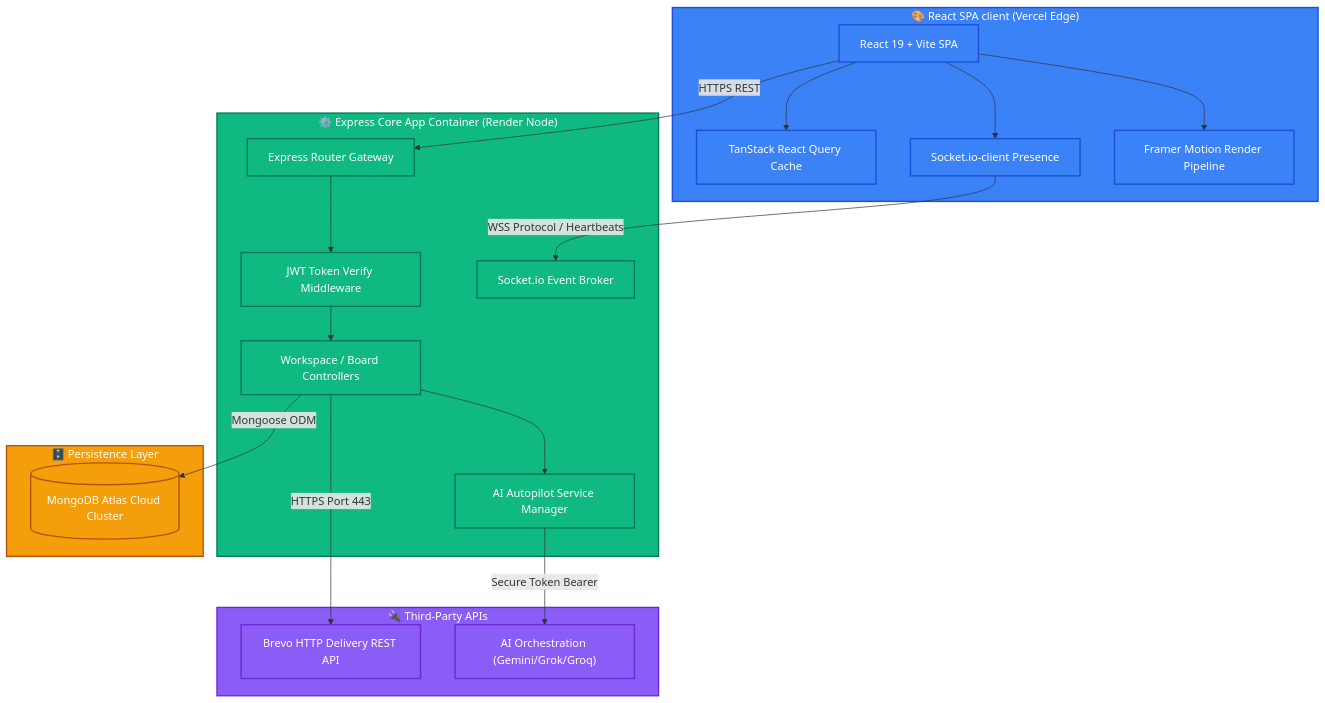
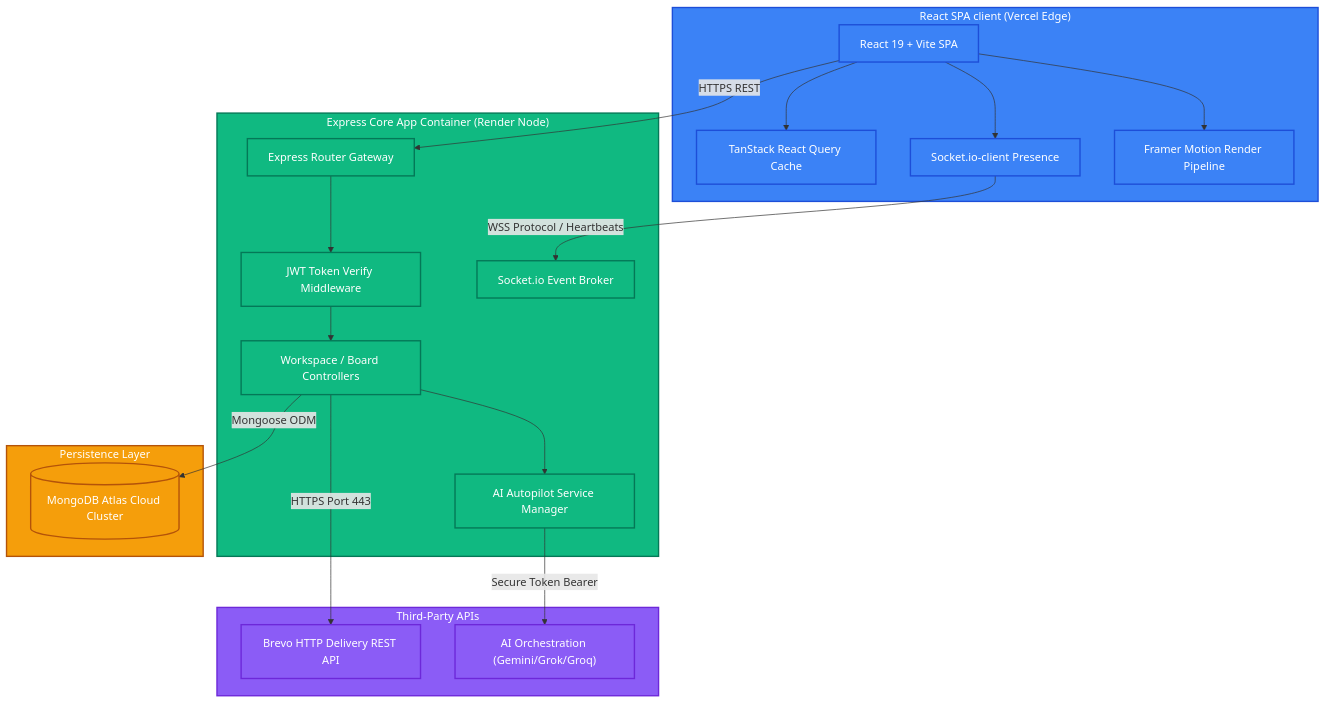
The first of 3 diagrams in README.md (Abhijith-Sura/Task-Management-App), drawn with Mermaid before and after one commit. The commit also changed other lines of this file and 2 other files, not shown here.

Commit message:
docs: remove emojis and add extensive flow explanations for newcomers to all READMEs

````diff
--- a/README.md
+++ b/README.md
@@ -16,53 +13,48 @@
 ```mermaid
 graph TD
-    %% Styling Classes
     classDef client fill:#3b82f6,stroke:#1d4ed8,stroke-width:2px,color:#fff;
     classDef backend fill:#10b981,stroke:#047857,stroke-width:2px,color:#fff;
     classDef database fill:#f59e0b,stroke:#b45309,stroke-width:2px,color:#fff;
     classDef external fill:#8b5cf6,stroke:#6d28d9,stroke-width:2px,color:#fff;
 
-    %% Frontend Stack
-    subgraph Client ["🎨 React SPA client (Vercel Edge)"]
+    subgraph Client ["React SPA client (Vercel Edge)"]
         SPA["React 19 + Vite SPA"]
         RQ["TanStack React Query Cache"]
         SIOC["Socket.io-client Presence"]
         FM["Framer Motion Render Pipeline"]
         SPA --> RQ
         SPA --> SIOC
         SPA --> FM
     end
     class Client,SPA,RQ,SIOC,FM client;
 
-    %% Backend Gateway
-    subgraph Backend ["⚙️ Express Core App Container (Render Node)"]
+    subgraph Backend ["Express Core App Container (Render Node)"]
         RT["Express Router Gateway"]
         Auth["JWT Token Verify Middleware"]
         SIOS["Socket.io Event Broker"]
         Controllers["Workspace / Board Controllers"]
         AIService["AI Autopilot Service Manager"]
         
         RT --> Auth
         Auth --> Controllers
         Controllers --> AIService
     end
     class Backend,RT,Auth,SIOS,Controllers,AIService backend;
 
-    %% Data & External Layers
-    subgraph Data ["🗄️ Persistence Layer"]
+    subgraph Data ["Persistence Layer"]
         MDB[("MongoDB Atlas Cloud Cluster")]
     end
     class Data,MDB database;
 
-    subgraph External ["🔌 Third-Party APIs"]
+    subgraph External ["Third-Party APIs"]
         Brevo["Brevo HTTP Delivery REST API"]
         LLM["AI Orchestration (Gemini/Grok/Groq)"]
     end
     class External,Brevo,LLM external;
 
-    %% Network Connections
     SPA -->|HTTPS REST| RT
     SIOC -->|WSS Protocol / Heartbeats| SIOS
     Controllers -->|Mongoose ODM| MDB
     Controllers -->|HTTPS Port 443| Brevo
     AIService -->|Secure Token Bearer| LLM
 ```
````
